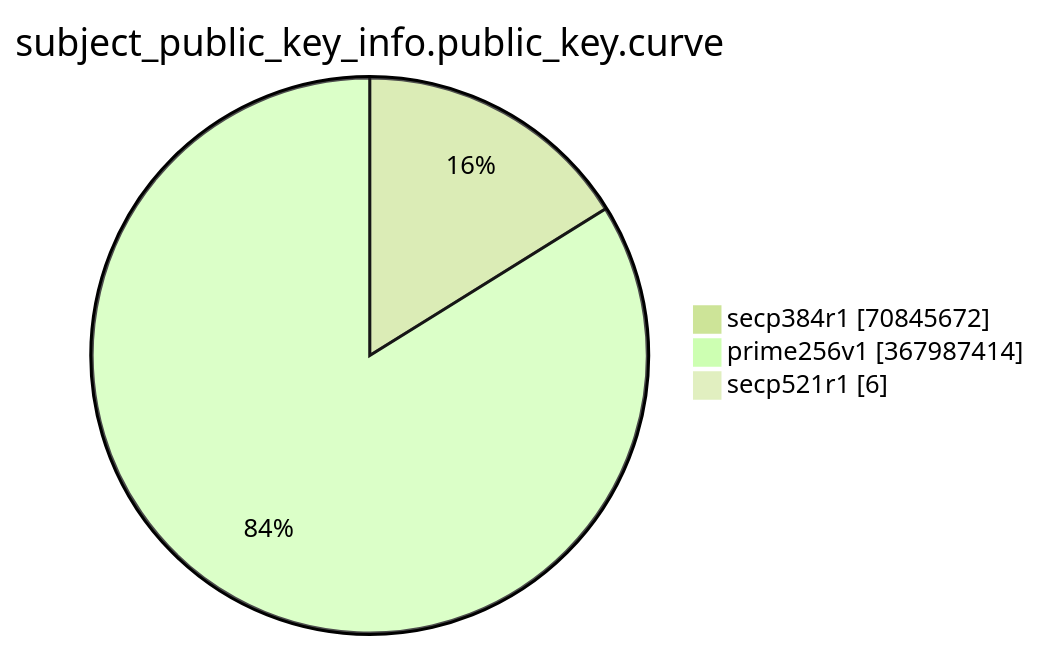
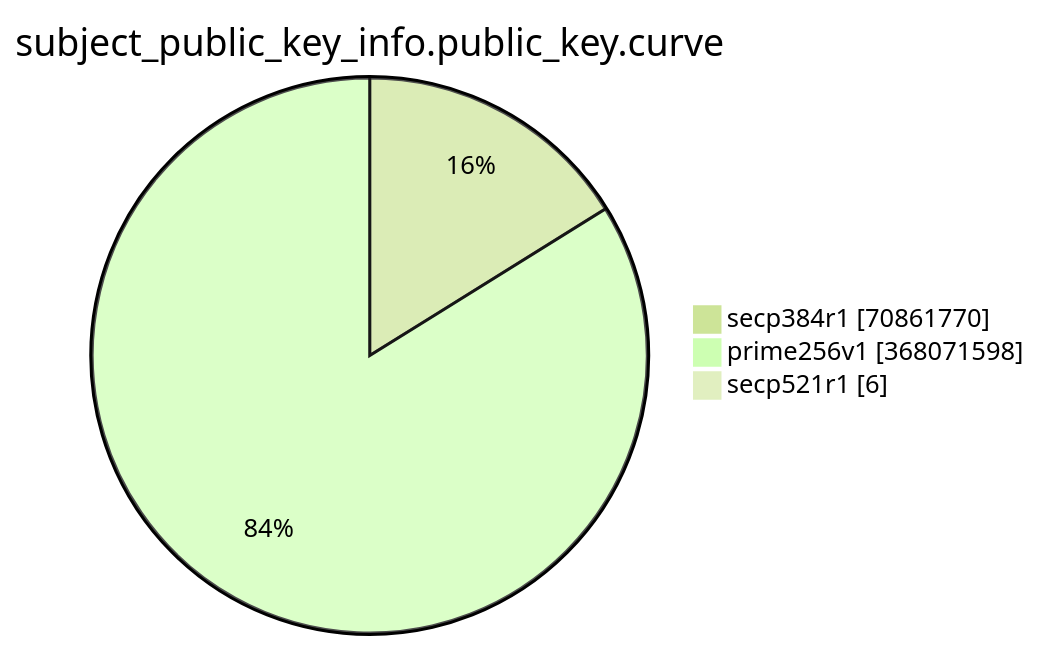
One commit to christiankrug/ctmonitor_visualization changed the eighth of 15 diagrams in TOTAL/README.md. Above: the diagram before and after it, drawn with Mermaid (forest theme). The commit also changed other lines of this file, not shown here.

````diff
--- a/TOTAL/README.md
+++ b/TOTAL/README.md
@@ -3094,7 +3094,7 @@
 ```mermaid
 pie showData
 title subject_public_key_info.public_key.curve
-"secp384r1" :70845672
-"prime256v1" :367987414
+"secp384r1" :70861770
+"prime256v1" :368071598
 "secp521r1" :6
 ```
````
